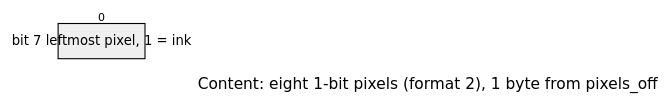
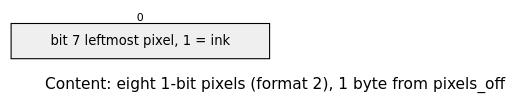
One commit to jose-villegas/autana changed the third of 3 diagrams in docs/assets/formats/IMAG.md. Above: the diagram before and after it, drawn with Mermaid. The commit also changed other lines of this file and 14 other files, not shown here.

````diff
--- a/docs/assets/formats/IMAG.md
+++ b/docs/assets/formats/IMAG.md
@@ -34,11 +34,11 @@
 ```mermaid
 ---
 config:
   packet:
-    bitsPerRow: 8
-    bitWidth: 84
+    bitsPerRow: 2
+    bitWidth: 240
 ---
 packet-beta
 title Content: eight 1-bit pixels (format 2), 1 byte from pixels_off
 0: "bit 7 leftmost pixel, 1 = ink"
 ```
````
